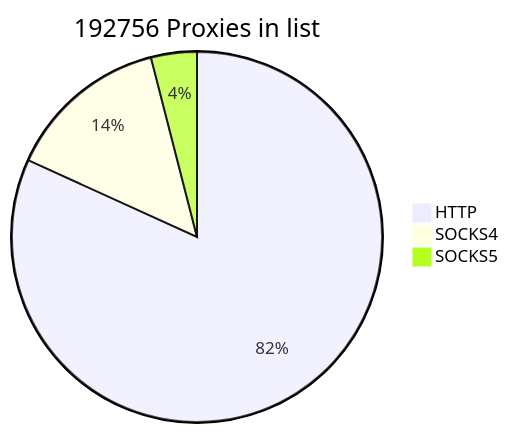
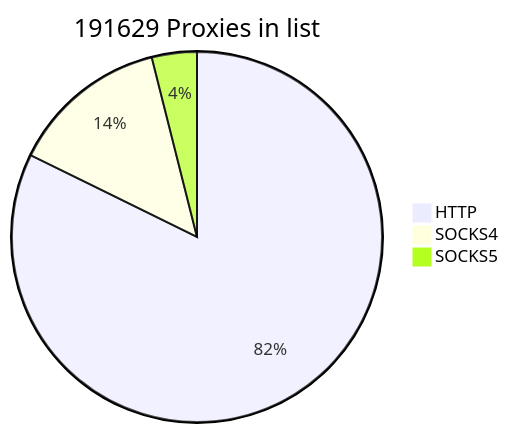
Before and after one commit to cutipu/proxylist: the first of 2 diagrams in README.md, drawn with Mermaid. The commit also changed other lines of this file, not shown here.

````diff
--- a/README.md
+++ b/README.md
@@ -2,7 +2,7 @@
 ```mermaid
-pie title 192756 Proxies in list
-    "HTTP" : 157669
-    "SOCKS4" : 27375
-    "SOCKS5" : 7712
+pie title 191629 Proxies in list
+    "HTTP" : 157657
+    "SOCKS4" : 26442
+    "SOCKS5" : 7530
             
 ```
````
